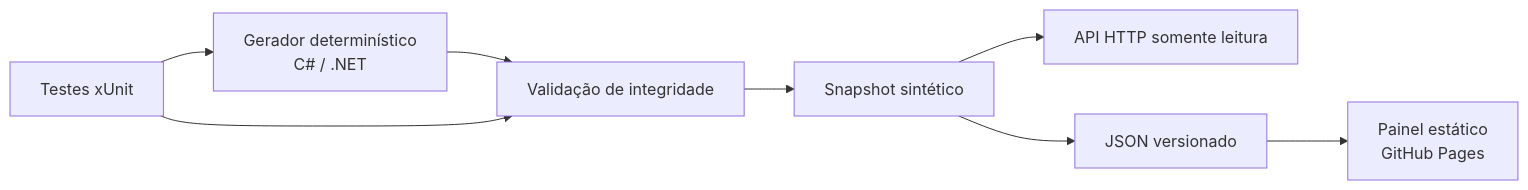
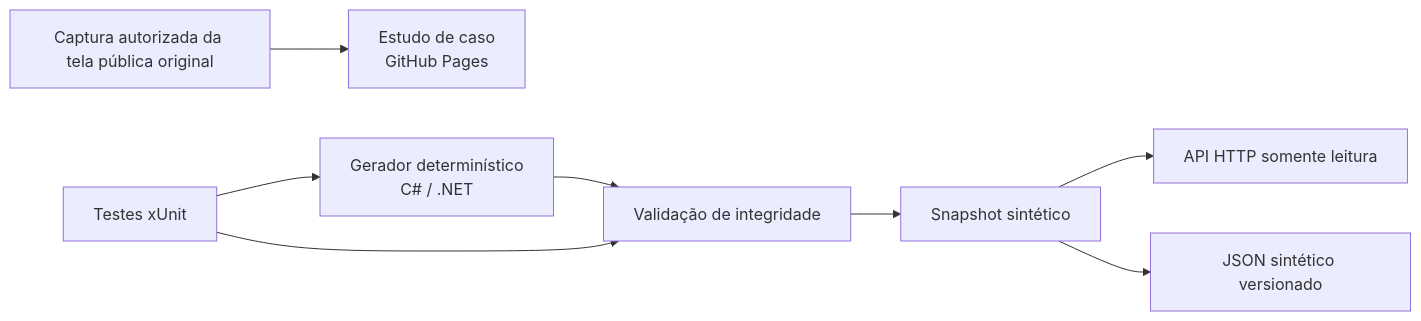
One commit to LeandroAValle/socialweb-demo changed the diagram in README.md. Above: the diagram before and after it, drawn with Mermaid. The commit also changed other lines of this file and 5 other files, not shown here.

````diff
--- a/README.md
+++ b/README.md
@@ -28,10 +29,10 @@
 ```mermaid
 flowchart LR
     G[Gerador determinístico<br/>C# / .NET] --> V[Validação de integridade]
     V --> S[Snapshot sintético]
     S --> A[API HTTP somente leitura]
-    S --> J[JSON versionado]
-    J --> W[Painel estático<br/>GitHub Pages]
+    S --> J[JSON sintético versionado]
+    R[Captura autorizada da tela pública original] --> W[Estudo de caso<br/>GitHub Pages]
     T[Testes xUnit] --> G
     T --> V
 ```
````
